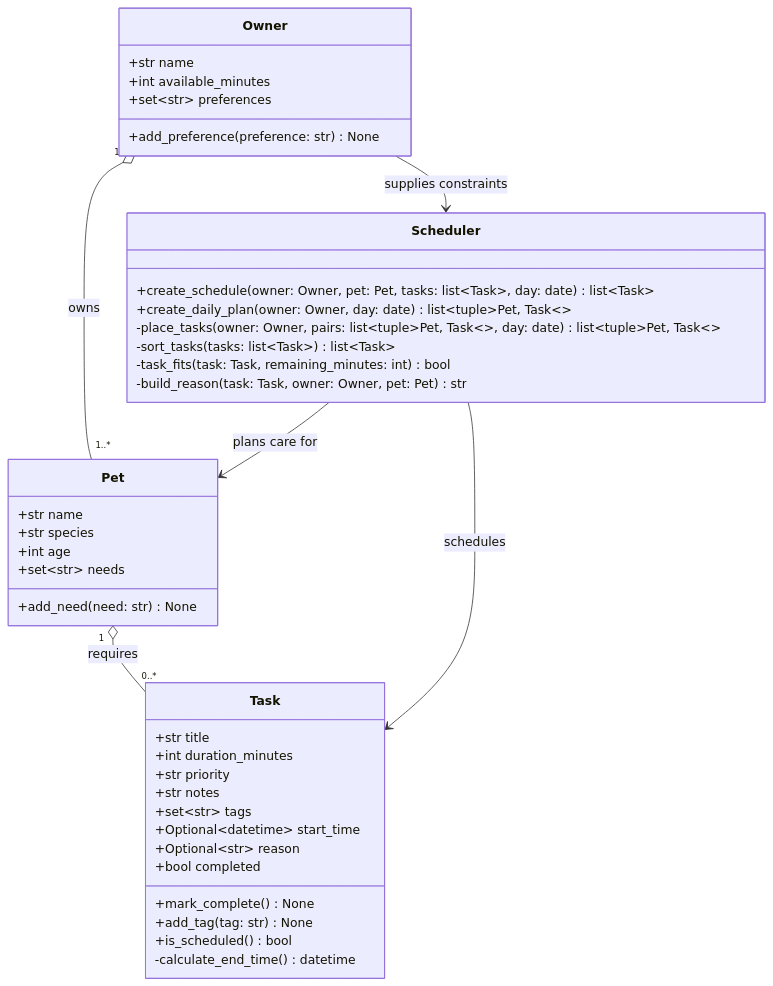
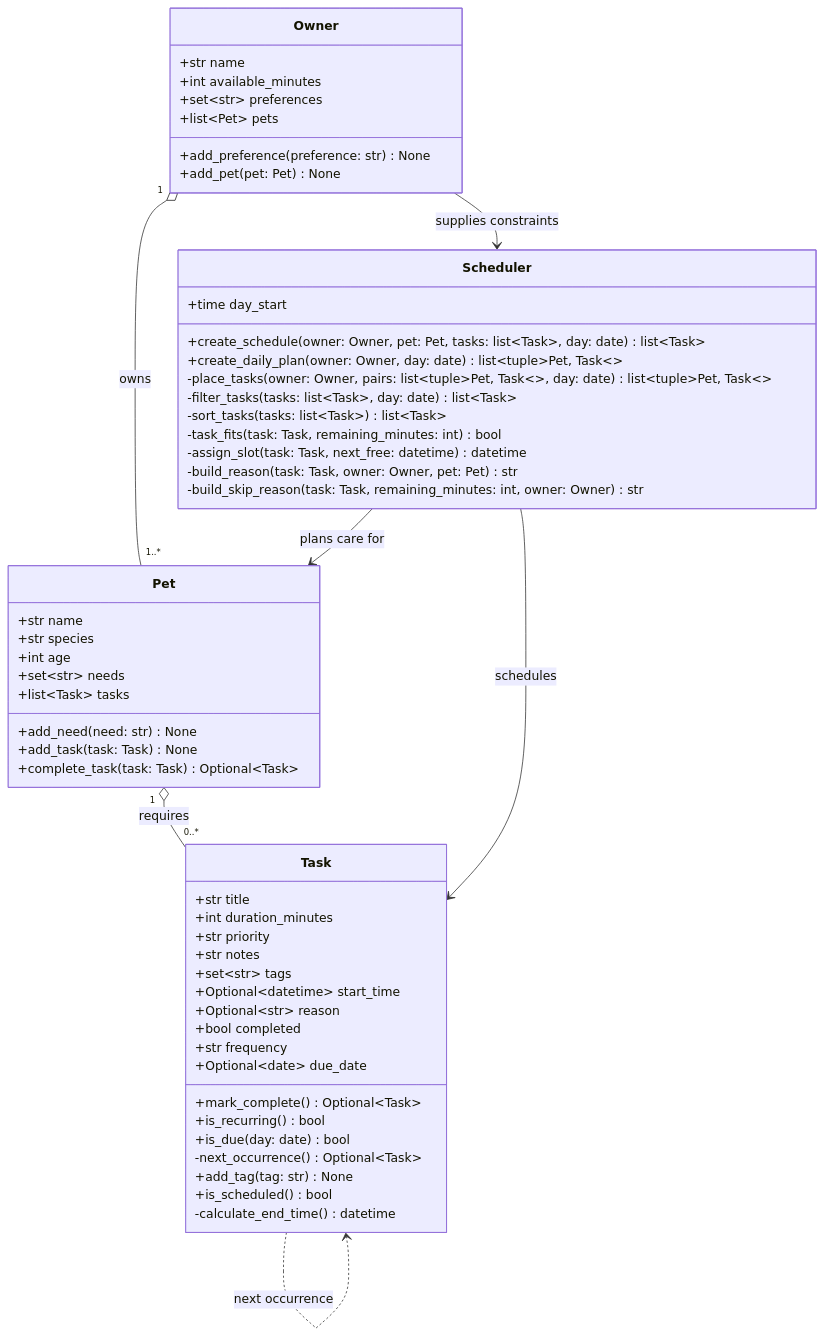
One commit to johnj-0316/ai110-module2show-pawpal-starter changed the diagram in diagrams/uml.mmd. Above: the diagram before and after it, drawn with Mermaid. The commit also changed 6 other files, not shown here.

```diff
--- a/diagrams/uml.mmd
+++ b/diagrams/uml.mmd
@@ -1,45 +1,60 @@
 classDiagram
     class Owner {
         +str name
         +int available_minutes
         +set~str~ preferences
+        +list~Pet~ pets
         +add_preference(preference: str) None
+        +add_pet(pet: Pet) None
     }
 
     class Pet {
         +str name
         +str species
         +int age
         +set~str~ needs
+        +list~Task~ tasks
         +add_need(need: str) None
+        +add_task(task: Task) None
+        +complete_task(task: Task) Optional~Task~
     }
 
     class Task {
         +str title
         +int duration_minutes
         +str priority
         +str notes
         +set~str~ tags
         +Optional~datetime~ start_time
         +Optional~str~ reason
         +bool completed
-        +mark_complete() None
+        +str frequency
+        +Optional~date~ due_date
+        +mark_complete() Optional~Task~
+        +is_recurring() bool
+        +is_due(day: date) bool
+        -next_occurrence() Optional~Task~
         +add_tag(tag: str) None
         +is_scheduled() bool
         -calculate_end_time() datetime
     }
 
     class Scheduler {
+        +time day_start
         +create_schedule(owner: Owner, pet: Pet, tasks: list~Task~, day: date) list~Task~
         +create_daily_plan(owner: Owner, day: date) list~tuple~Pet, Task~~
         -place_tasks(owner: Owner, pairs: list~tuple~Pet, Task~~, day: date) list~tuple~Pet, Task~~
+        -filter_tasks(tasks: list~Task~, day: date) list~Task~
         -sort_tasks(tasks: list~Task~) list~Task~
         -task_fits(task: Task, remaining_minutes: int) bool
+        -assign_slot(task: Task, next_free: datetime) datetime
         -build_reason(task: Task, owner: Owner, pet: Pet) str
+        -build_skip_reason(task: Task, remaining_minutes: int, owner: Owner) str
     }
 
     Owner "1" o-- "1..*" Pet : owns
     Pet "1" o-- "0..*" Task : requires
     Owner --> Scheduler : supplies constraints
     Scheduler --> Pet : plans care for
     Scheduler --> Task : schedules
+    Task ..> Task : next occurrence
```
